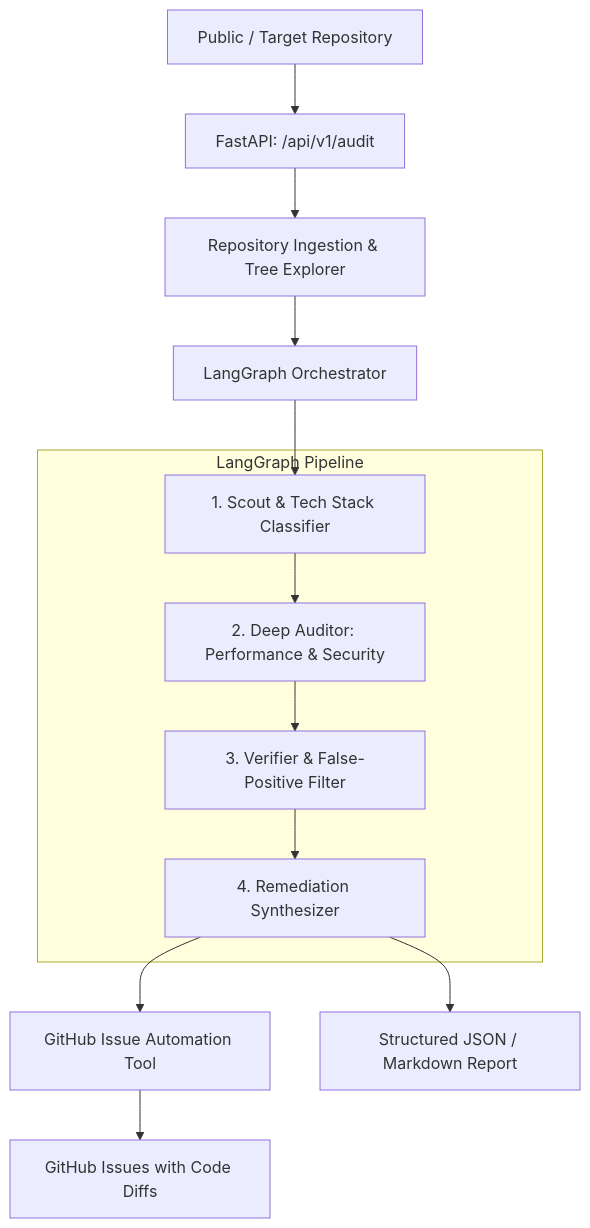
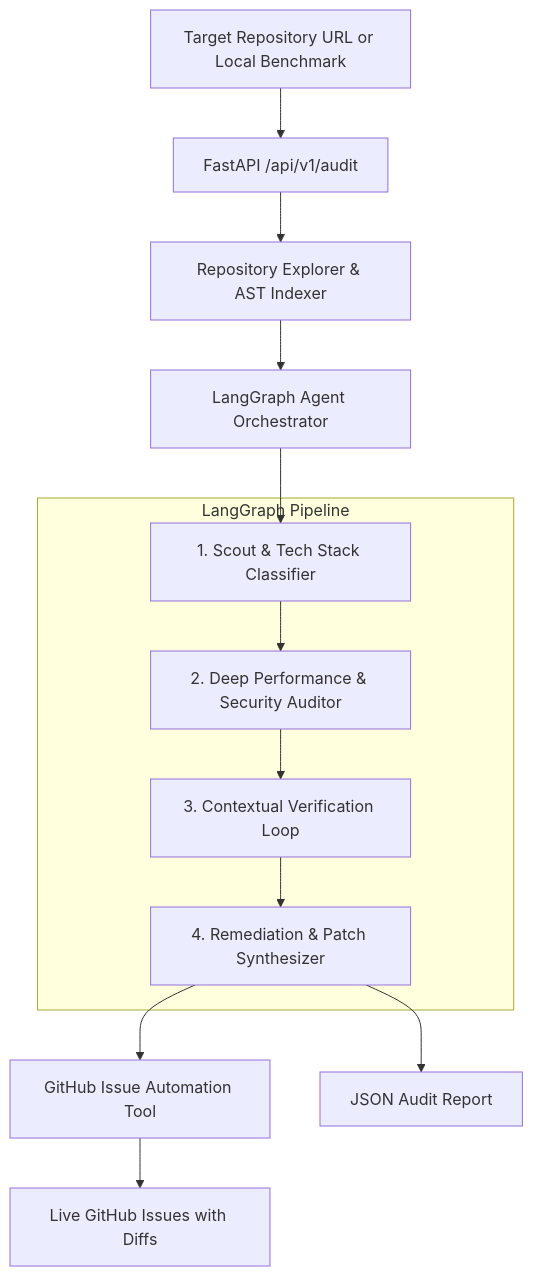
Before and after one commit to ali8646/codemate: the diagram in README.md, drawn with Mermaid. The commit also changed other lines of this file and 3 other files, not shown here.

````diff
--- a/README.md
+++ b/README.md
@@ -28,17 +36,17 @@
 ```mermaid
 flowchart TD
-    Repo[Public / Target Repository] --> API[FastAPI: /api/v1/audit]
-    API --> Ingest[Repository Ingestion & Tree Explorer]
-    Ingest --> Graph[LangGraph Orchestrator]
+    Repo[Target Repository URL or Local Benchmark] --> API[FastAPI /api/v1/audit]
+    API --> Ingest[Repository Explorer & AST Indexer]
+    Ingest --> Graph[LangGraph Agent Orchestrator]
 
     subgraph LangGraph Pipeline
-        S1[1. Scout & Tech Stack Classifier] --> S2[2. Deep Auditor: Performance & Security]
-        S2 --> S3[3. Verifier & False-Positive Filter]
-        S3 --> S4[4. Remediation Synthesizer]
+        S1[1. Scout & Tech Stack Classifier] --> S2[2. Deep Performance & Security Auditor]
+        S2 --> S3[3. Contextual Verification Loop]
+        S3 --> S4[4. Remediation & Patch Synthesizer]
     end
 
     Graph --> S1
     S4 --> IssueTool[GitHub Issue Automation Tool]
-    S4 --> Report[Structured JSON / Markdown Report]
-    IssueTool --> GitHub[GitHub Issues with Code Diffs]
+    S4 --> Report[JSON Audit Report]
+    IssueTool --> GitHub[Live GitHub Issues with Diffs]
 ```
````
